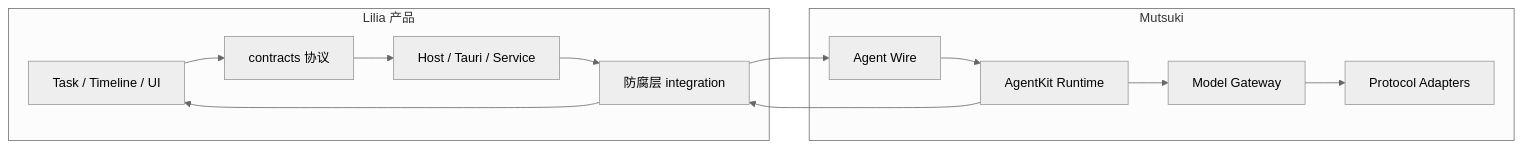
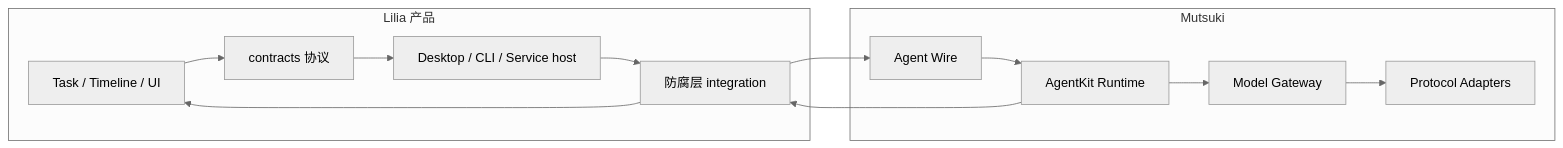
One commit to sena-nana/LiliaCode changed the second of 2 diagrams in docs/design/lilia-agent-interface.md. Above: the diagram before and after it, drawn with Mermaid (neutral theme). The commit also changed other lines of this file and 790 other files, not shown here.

````diff
--- a/docs/design/lilia-agent-interface.md
+++ b/docs/design/lilia-agent-interface.md
@@ -86,24 +86,24 @@
 ```mermaid
 flowchart LR
   subgraph product [Lilia 产品]
     TaskUI[Task / Timeline / UI]
     Contracts[contracts 协议]
-    Host[Host / Tauri / Service]
+    Host[Desktop / CLI / Service host]
     Anti[防腐层 integration]
   end
   subgraph mutsuki [Mutsuki]
     Wire[Agent Wire]
     Runtime[AgentKit Runtime]
     GW[Model Gateway]
     Adapters[Protocol Adapters]
   end
   TaskUI --> Contracts
   Contracts --> Host
   Host --> Anti
   Anti --> Wire
   Wire --> Runtime
   Runtime --> GW
   GW --> Adapters
   Runtime --> Anti
   Anti --> TaskUI
 ```
````
